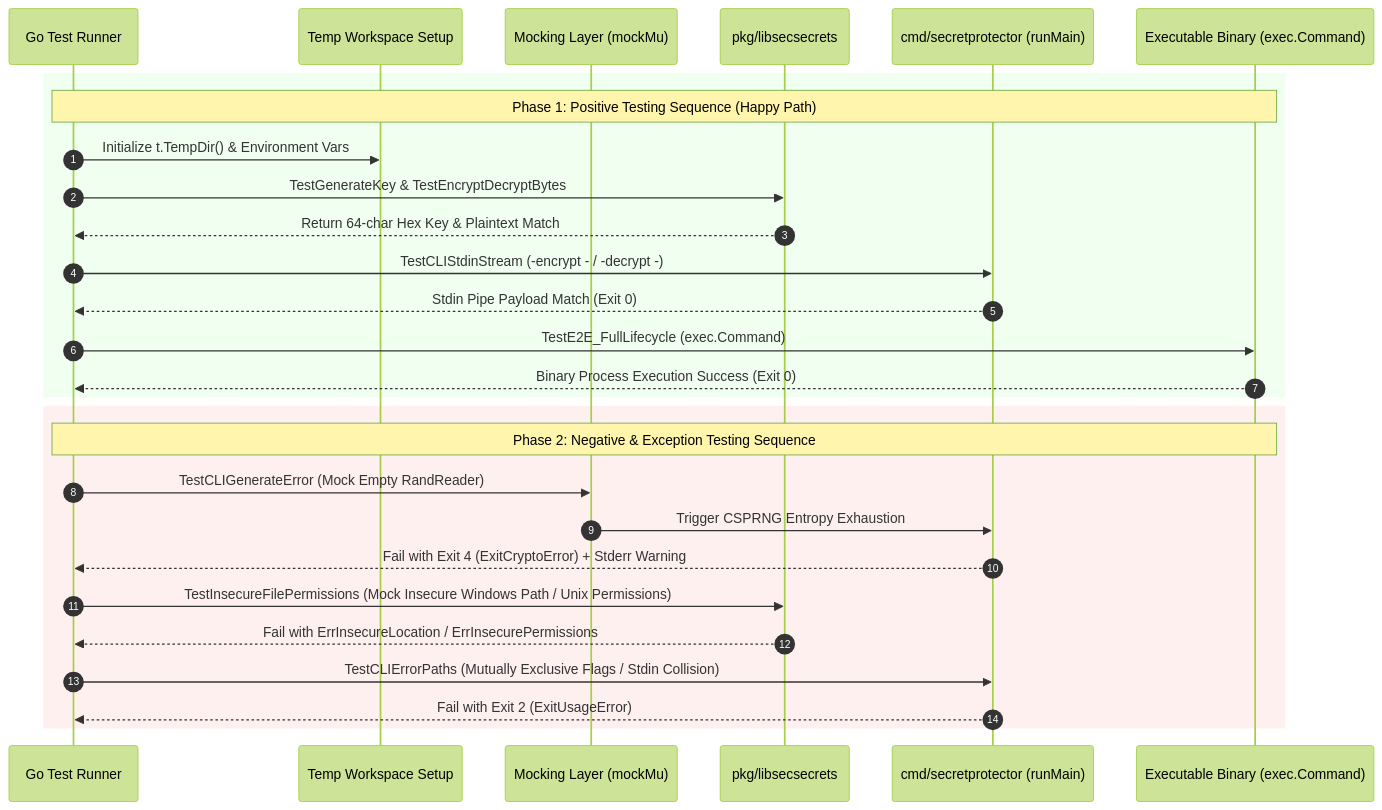
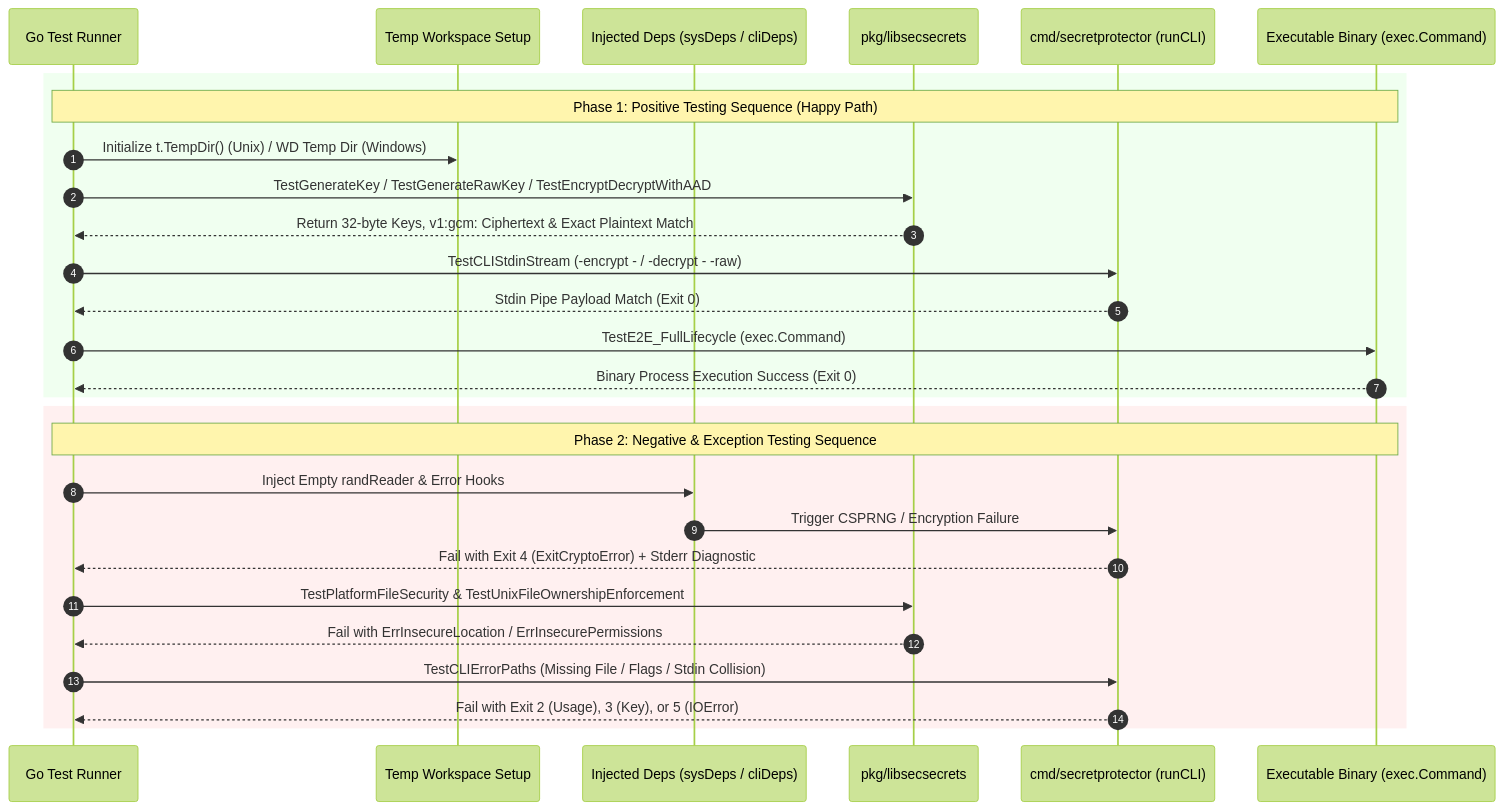
One commit to edsilegxrepo/secretprotector changed the second of 2 diagrams in TESTING.md. Above: the diagram before and after it, drawn with Mermaid (forest theme). The commit also changed other lines of this file and 15 other files, not shown here.

Commit message:
release: v0.0.6 security hardening, raw key & AAD APIs, CLI fixes, and tests

````diff
--- a/TESTING.md
+++ b/TESTING.md
@@ -87,32 +88,32 @@
 ```mermaid
 sequenceDiagram
     autonumber
     participant Runner as Go Test Runner
     participant Setup as Temp Workspace Setup
-    participant Mock as Mocking Layer (mockMu)
+    participant DI as Injected Deps (sysDeps / cliDeps)
     participant Lib as pkg/libsecsecrets
-    participant CLI as cmd/secretprotector (runMain)
+    participant CLI as cmd/secretprotector (runCLI)
     participant E2E as Executable Binary (exec.Command)
 
     rect rgb(240, 255, 240)
         Note over Runner, E2E: Phase 1: Positive Testing Sequence (Happy Path)
-        Runner->>Setup: Initialize t.TempDir() & Environment Vars
-        Runner->>Lib: TestGenerateKey & TestEncryptDecryptBytes
-        Lib-->>Runner: Return 64-char Hex Key & Plaintext Match
-        Runner->>CLI: TestCLIStdinStream (-encrypt - / -decrypt -)
+        Runner->>Setup: Initialize t.TempDir() (Unix) / WD Temp Dir (Windows)
+        Runner->>Lib: TestGenerateKey / TestGenerateRawKey / TestEncryptDecryptWithAAD
+        Lib-->>Runner: Return 32-byte Keys, v1:gcm: Ciphertext & Exact Plaintext Match
+        Runner->>CLI: TestCLIStdinStream (-encrypt - / -decrypt - -raw)
         CLI-->>Runner: Stdin Pipe Payload Match (Exit 0)
         Runner->>E2E: TestE2E_FullLifecycle (exec.Command)
         E2E-->>Runner: Binary Process Execution Success (Exit 0)
     end
 
     rect rgb(255, 240, 240)
         Note over Runner, E2E: Phase 2: Negative & Exception Testing Sequence
-        Runner->>Mock: TestCLIGenerateError (Mock Empty RandReader)
-        Mock->>CLI: Trigger CSPRNG Entropy Exhaustion
-        CLI-->>Runner: Fail with Exit 4 (ExitCryptoError) + Stderr Warning
-        Runner->>Lib: TestInsecureFilePermissions (Mock Insecure Windows Path / Unix Permissions)
+        Runner->>DI: Inject Empty randReader & Error Hooks
+        DI->>CLI: Trigger CSPRNG / Encryption Failure
+        CLI-->>Runner: Fail with Exit 4 (ExitCryptoError) + Stderr Diagnostic
+        Runner->>Lib: TestPlatformFileSecurity & TestUnixFileOwnershipEnforcement
         Lib-->>Runner: Fail with ErrInsecureLocation / ErrInsecurePermissions
-        Runner->>CLI: TestCLIErrorPaths (Mutually Exclusive Flags / Stdin Collision)
-        CLI-->>Runner: Fail with Exit 2 (ExitUsageError)
+        Runner->>CLI: TestCLIErrorPaths (Missing File / Flags / Stdin Collision)
+        CLI-->>Runner: Fail with Exit 2 (Usage), 3 (Key), or 5 (IOError)
     end
 ```
````
